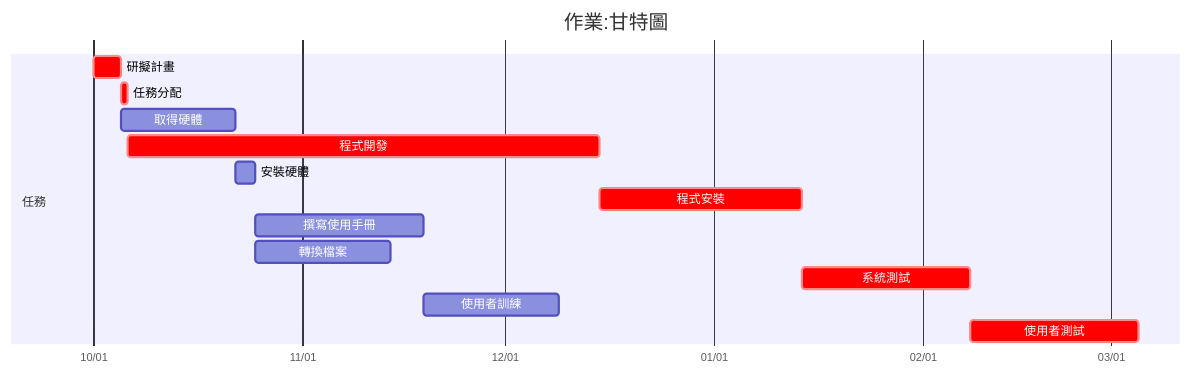
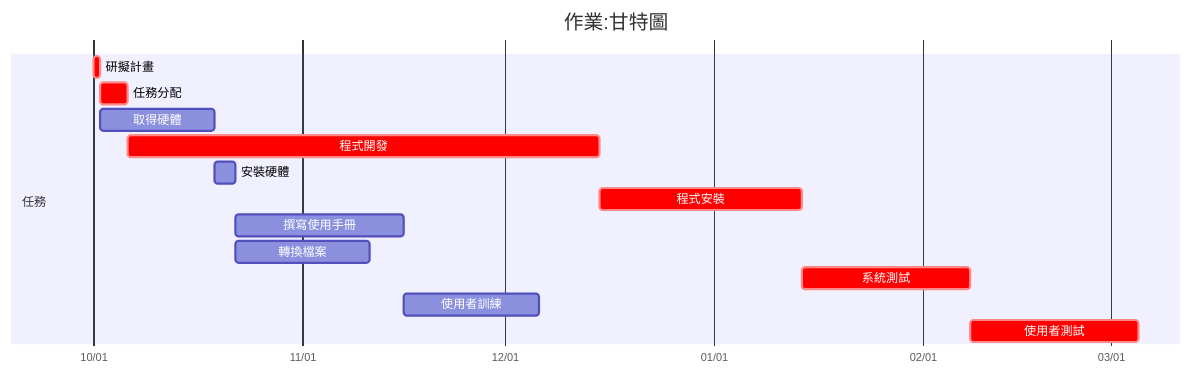
One commit to auia541/p1 changed the second of 2 diagrams in HW2.md. Above: the diagram before and after it, drawn with Mermaid. The commit also changed other lines of this file, not shown here.

````diff
--- a/HW2.md
+++ b/HW2.md
@@ -25,22 +25,22 @@
 ```mermaid
 
 
 gantt
 title 作業:甘特圖
 dateformat YYYY-MM-DD
 axisFormat %m/%d
 
 section 任務
-研擬計畫 :crit,a1, 2025-10-01, 4d
-任務分配 :crit,a2, after a1, 1d
+研擬計畫 :crit,a1, 2025-10-01, 1d
+任務分配 :crit,a2, after a1, 4d
 取得硬體 :a3, after a1, 17d
 程式開發 :crit,a4, after a2, 70d
 安裝硬體 :a5, after a3, 3d
 程式安裝 :crit,a6, after a4, 30d
 撰寫使用手冊 :a7, after a5, 25d
 轉換檔案 :a8, after a5, 20d
 系統測試 :crit,a9, after a6, 25d
 使用者訓練 :a10, after a7, 20d
 使用者測試 :crit,a11, after a9, 25d
 
 ``` 
````
